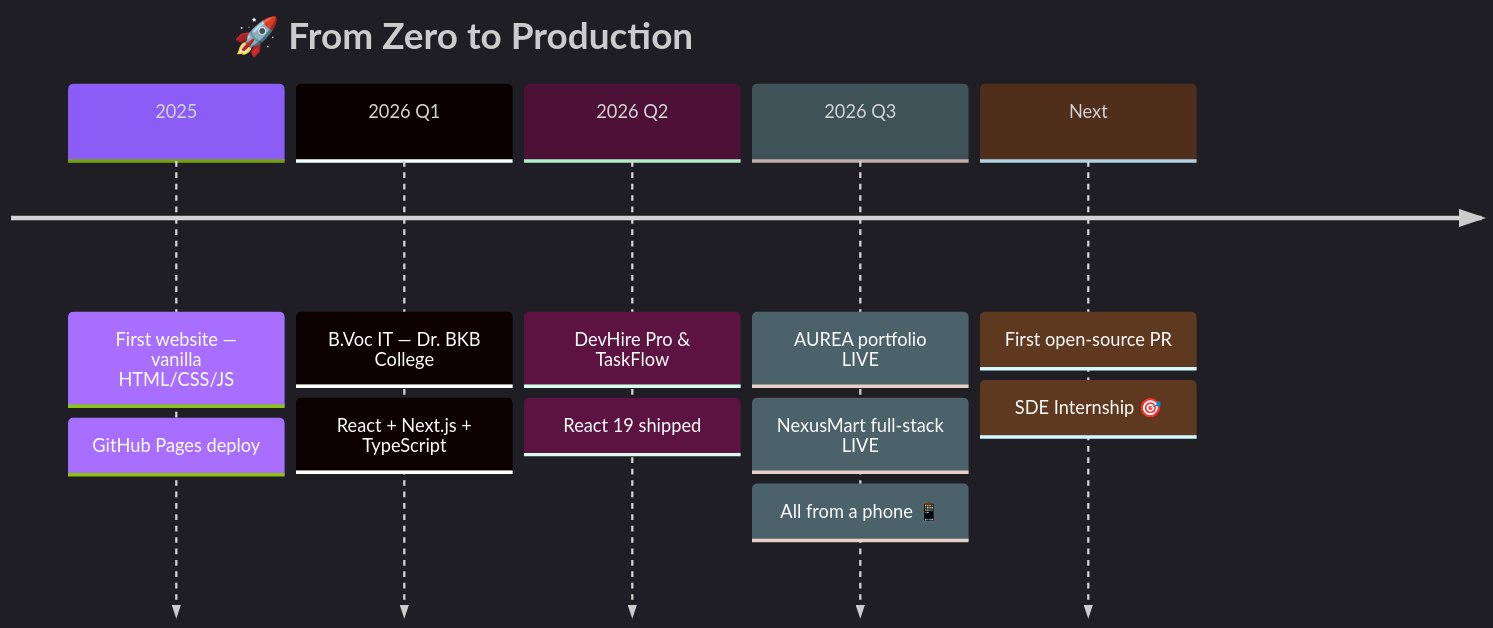
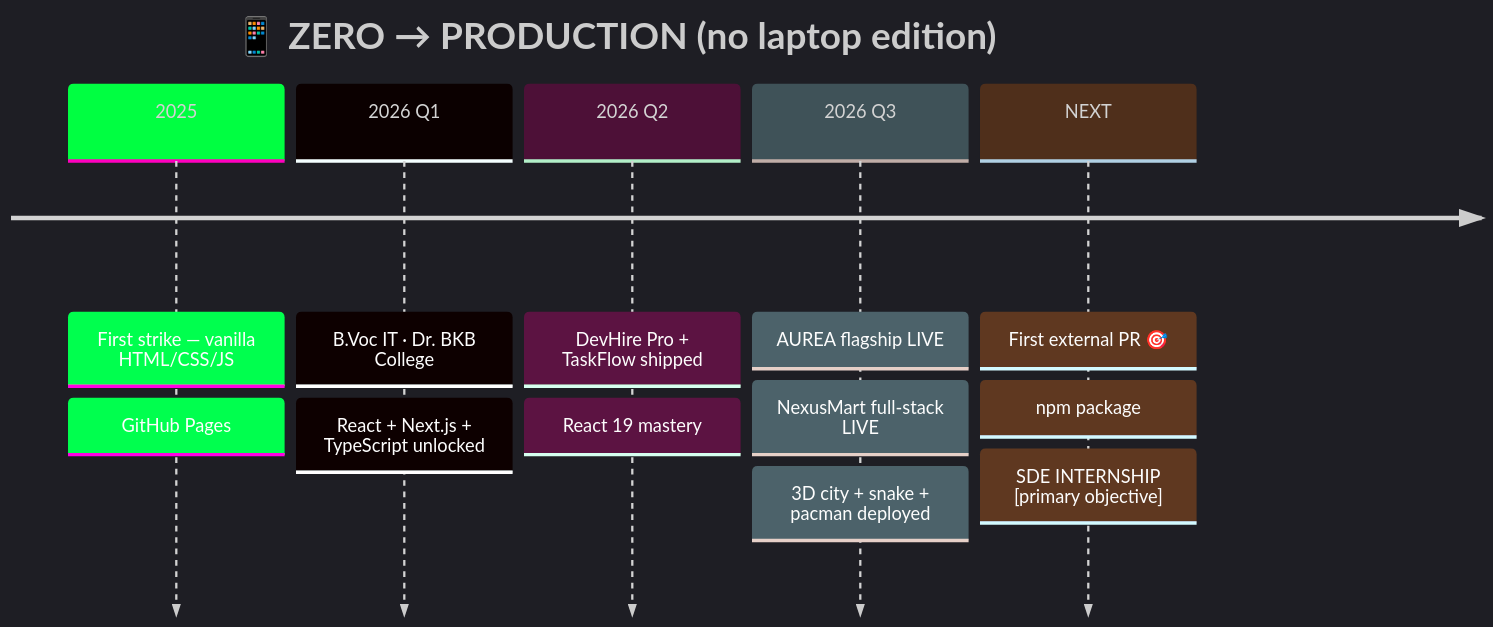
The diagram in README.md (Manashjyoti-Bora/Manashjyoti-Bora), drawn with Mermaid before and after one commit. The commit also changed other lines of this file, not shown here.

````diff
--- a/README.md
+++ b/README.md
@@ -191,10 +161,10 @@
 ```mermaid
-%%{init: {'theme':'dark','themeVariables':{'primaryColor':'#8b5cf6','primaryTextColor':'#fff','lineColor':'#38bdf8'}}}%%
+%%{init: {'theme':'dark','themeVariables':{'primaryColor':'#00ff41','primaryTextColor':'#0d1117','lineColor':'#22d3ee'}}}%%
 timeline
-    title 🚀 From Zero to Production
-    2025 : First website — vanilla HTML/CSS/JS : GitHub Pages deploy
-    2026 Q1 : B.Voc IT — Dr. BKB College : React + Next.js + TypeScript
-    2026 Q2 : DevHire Pro & TaskFlow : React 19 shipped
-    2026 Q3 : AUREA portfolio LIVE : NexusMart full-stack LIVE : All from a phone 📱
-    Next : First open-source PR : SDE Internship 🎯
+    title 📱 ZERO → PRODUCTION (no laptop edition)
+    2025 : First strike — vanilla HTML/CSS/JS : GitHub Pages
+    2026 Q1 : B.Voc IT · Dr. BKB College : React + Next.js + TypeScript unlocked
+    2026 Q2 : DevHire Pro + TaskFlow shipped : React 19 mastery
+    2026 Q3 : AUREA flagship LIVE : NexusMart full-stack LIVE : 3D city + snake + pacman deployed
+    NEXT : First external PR 🎯 : npm package : SDE INTERNSHIP [primary objective]
 ```
````
